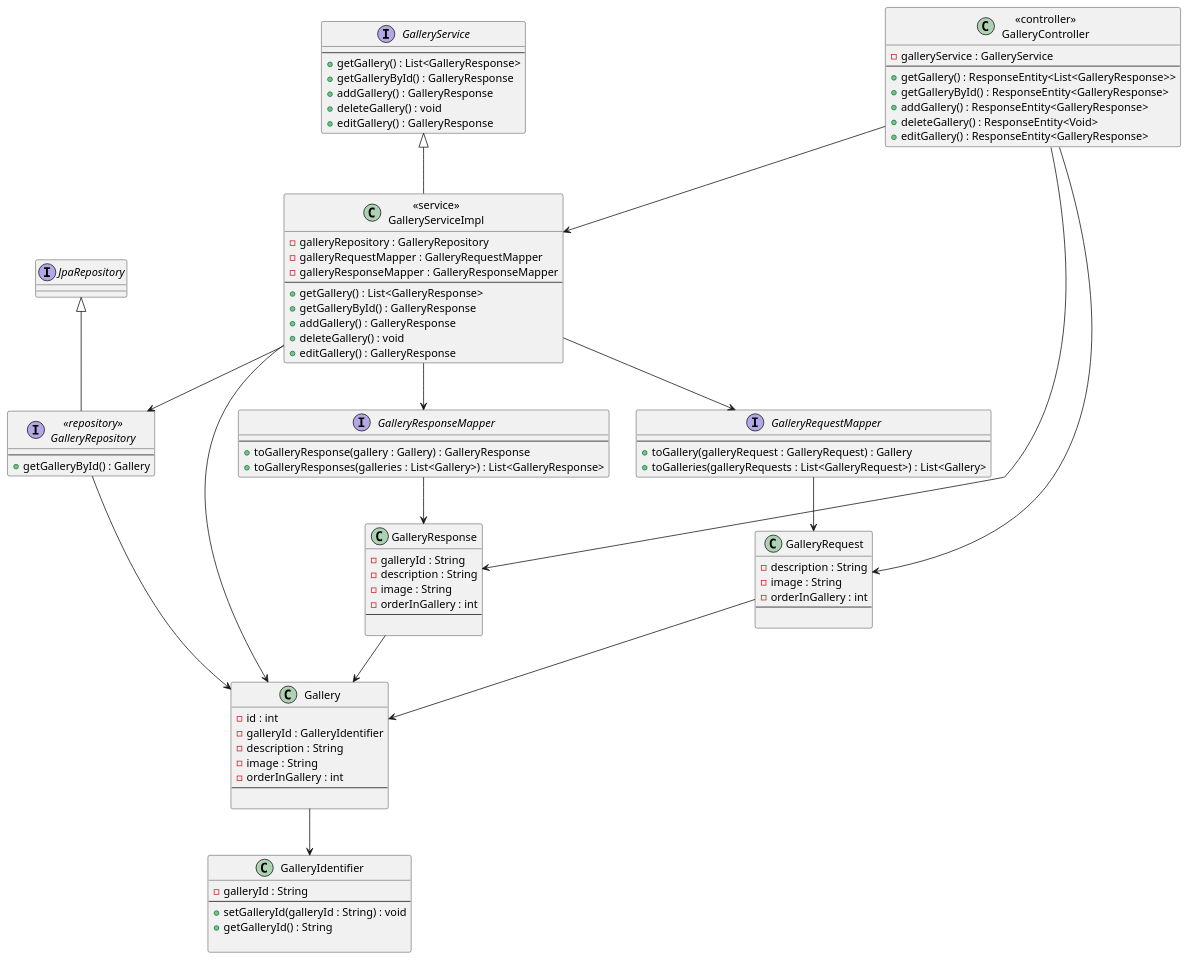
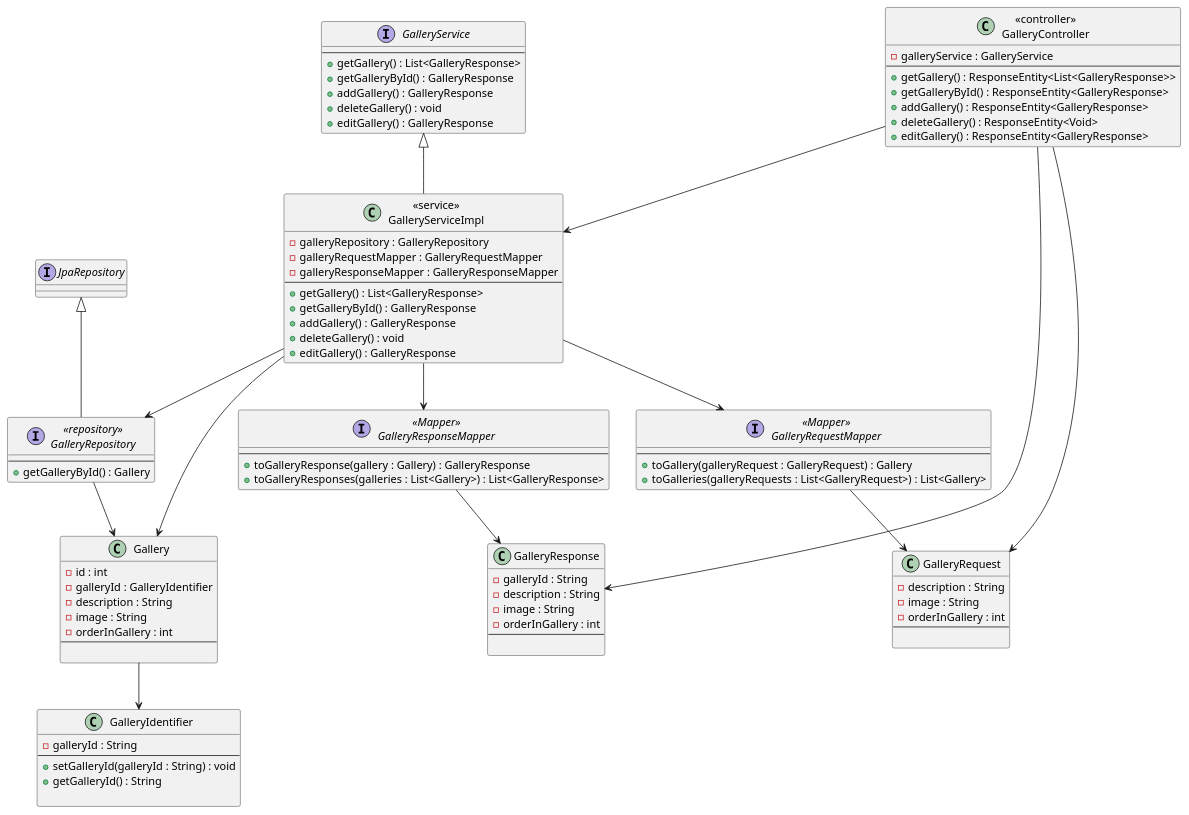
Before and after one commit to DylanBrass/Corso-Website: the diagram in Sprint_1/View_Carousel/Design_lvl_Class_diagram.puml, drawn with PlantUML. The commit also changed 2 other files, not shown here.

Commit message:
Update the use case diagrams

```diff
--- a/Sprint_1/View_Carousel/Design_lvl_Class_diagram.puml
+++ b/Sprint_1/View_Carousel/Design_lvl_Class_diagram.puml
@@ -1,118 +1,116 @@
 @startuml
 
 class "<<controller>>\nGalleryController" as controller {
     - galleryService : GalleryService
     ---
     + getGallery() : ResponseEntity<List<GalleryResponse>>
     + getGalleryById() : ResponseEntity<GalleryResponse>
     + addGallery() : ResponseEntity<GalleryResponse>
     + deleteGallery() : ResponseEntity<Void>
     + editGallery() : ResponseEntity<GalleryResponse>
 }
 
 interface "GalleryService" as service{
     ---
     + getGallery() : List<GalleryResponse>
     + getGalleryById() : GalleryResponse
     + addGallery() : GalleryResponse
     + deleteGallery() : void
     + editGallery() : GalleryResponse
 }
 
 class "<<service>>\nGalleryServiceImpl" as serviceImpl{
     - galleryRepository : GalleryRepository
     - galleryRequestMapper : GalleryRequestMapper
     - galleryResponseMapper : GalleryResponseMapper
     ---
     + getGallery() : List<GalleryResponse>
     + getGalleryById() : GalleryResponse
     + addGallery() : GalleryResponse
     + deleteGallery() : void
     + editGallery() : GalleryResponse
 }
 
 class serviceImpl extends service
 
 interface "<<repository>>\nGalleryRepository" as repository{
     ---
     + getGalleryById() : Gallery
 }
 
-class GalleryIdentifier{
+class GalleryIdentifier {
     - galleryId : String
     ---
     + setGalleryId(galleryId : String) : void
     + getGalleryId() : String
 
 }
 
 class "Gallery" as gallery{
     - id : int
     - galleryId : GalleryIdentifier
     - description : String
     - image : String
     - orderInGallery : int
     ---
   
 }
 
 class "GalleryResponse" as galleryResponse{
     - galleryId : String
     - description : String
     - image : String
     - orderInGallery : int
     ---
   
 }
 
 class "GalleryRequest" as galleryRequest{
     - description : String
     - image : String
     - orderInGallery : int
     ---
   
 }
 
 
 requestMapper --> galleryRequest
 
 responseMapper --> galleryResponse
 
-galleryRequest --> gallery
 
-galleryResponse --> gallery
 
 serviceImpl --> gallery
 
 repository --> gallery
 
 serviceImpl --> responseMapper
 serviceImpl --> requestMapper
 
 
-interface "GalleryRequestMapper" as requestMapper{
+interface "<<Mapper>>\nGalleryRequestMapper" as requestMapper{
     ---
     + toGallery(galleryRequest : GalleryRequest) : Gallery
     + toGalleries(galleryRequests : List<GalleryRequest>) : List<Gallery>
 }
 
-interface "GalleryResponseMapper" as responseMapper{
+interface "<<Mapper>>\nGalleryResponseMapper" as responseMapper{
     ---
     + toGalleryResponse(gallery : Gallery) : GalleryResponse
     + toGalleryResponses(galleries : List<Gallery>) : List<GalleryResponse>
 }
 
 
 controller --> galleryResponse
 controller --> galleryRequest
 
 
 interface repository extends JpaRepository
 
 controller --> serviceImpl
 
 serviceImpl --> repository
 
 gallery --> GalleryIdentifier
 
 @endpuml
```
